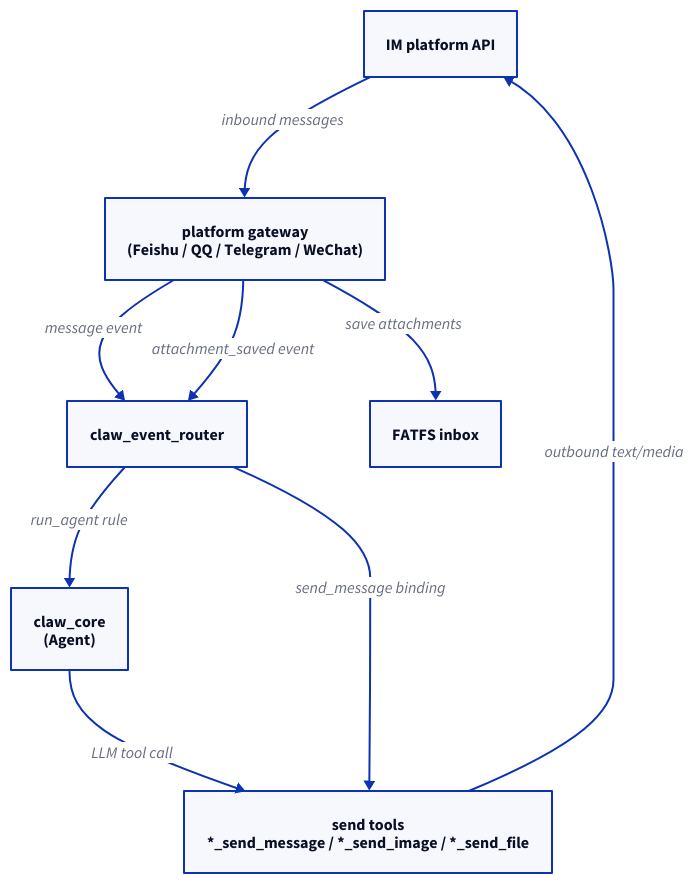
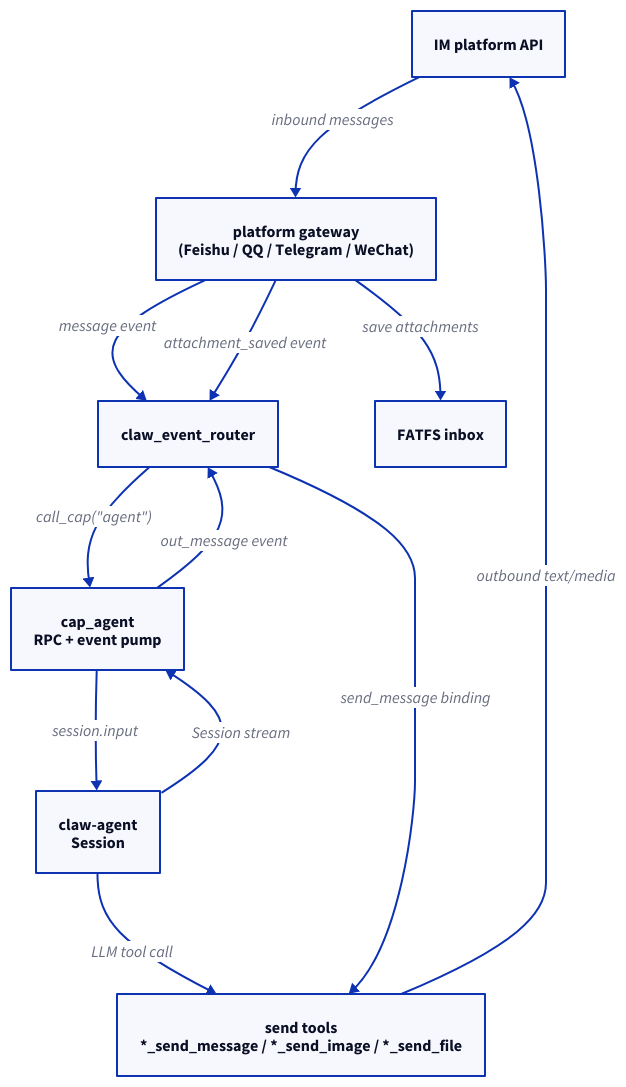
The first of 2 diagrams in docs/src/content/docs/en/reference-cap/cap-im-platform.mdx (Asfixious/esp-claw), drawn with D2 before and after one commit. The commit also changed 16 other files, not shown here.

Commit message:
doc(claw-core): added some docs

````diff
--- a/docs/src/content/docs/en/reference-cap/cap-im-platform.mdx
+++ b/docs/src/content/docs/en/reference-cap/cap-im-platform.mdx
@@ -48,17 +48,21 @@
 ```d2
 im_api: "IM platform API"
 gateway: "platform gateway\n(Feishu / QQ / Telegram / WeChat)"
 router: "claw_event_router"
-core: "claw_core\n(Agent)"
+adapter: "cap_agent\nRPC + event pump"
+agent: "claw-agent\nSession"
 fatfs: "FATFS inbox"
 tools: "send tools\n*_send_message / *_send_image / *_send_file"
 
 im_api -> gateway: "inbound messages"
 gateway -> router: "message event"
 gateway -> fatfs: "save attachments"
 gateway -> router: "attachment_saved event"
-router -> core: "run_agent rule"
-core -> tools: "LLM tool call"
+router -> adapter: "call_cap(\"agent\")"
+adapter -> agent: "session.input"
+agent -> adapter: "Session stream"
+adapter -> router: "out_message event"
+agent -> tools: "LLM tool call"
 tools -> im_api: "outbound text/media"
 router -> tools: "send_message binding"
 ```
````
